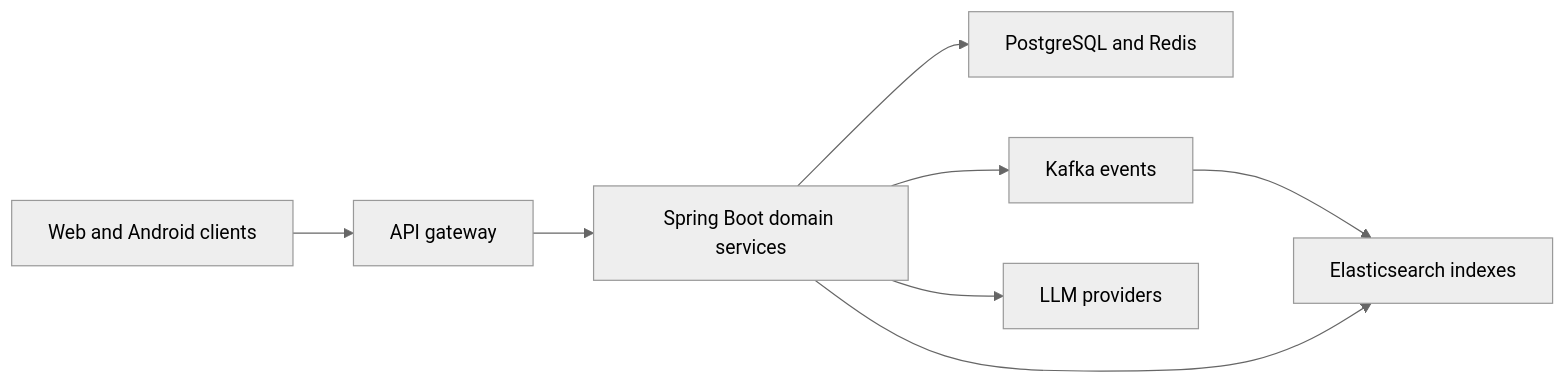
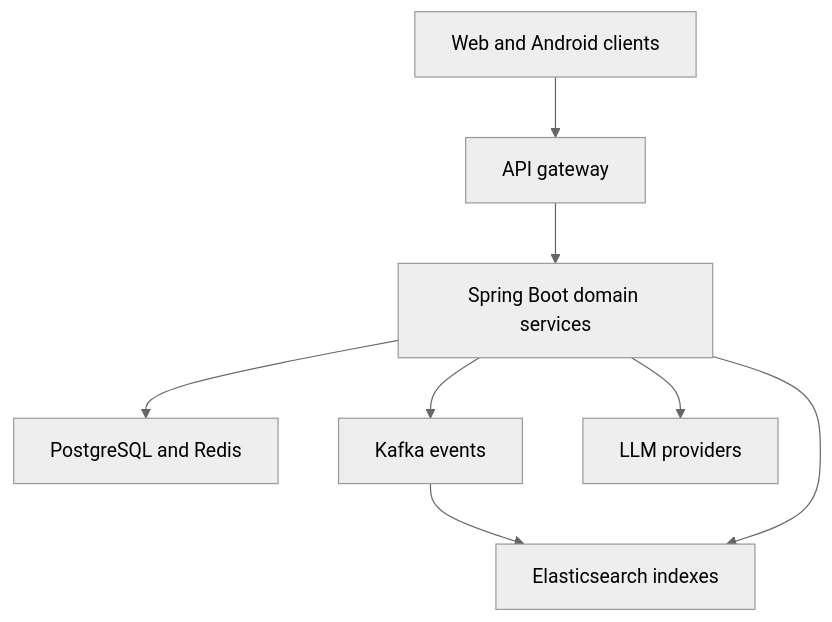
One commit to izzet2002/gidgo-showcase changed the diagram in README.md. Above: the diagram before and after it, drawn with Mermaid (neutral theme).

Commit message:
docs: improve architecture diagram readability

````diff
--- a/README.md
+++ b/README.md
@@ -32,10 +32,10 @@
 ```mermaid
-flowchart LR
+flowchart TB
     C[Web and Android clients] --> G[API gateway]
     G --> S[Spring Boot domain services]
     S --> D[PostgreSQL and Redis]
     S --> K[Kafka events]
     K --> E[Elasticsearch indexes]
     S --> E
     S --> L[LLM providers]
 ```
````
